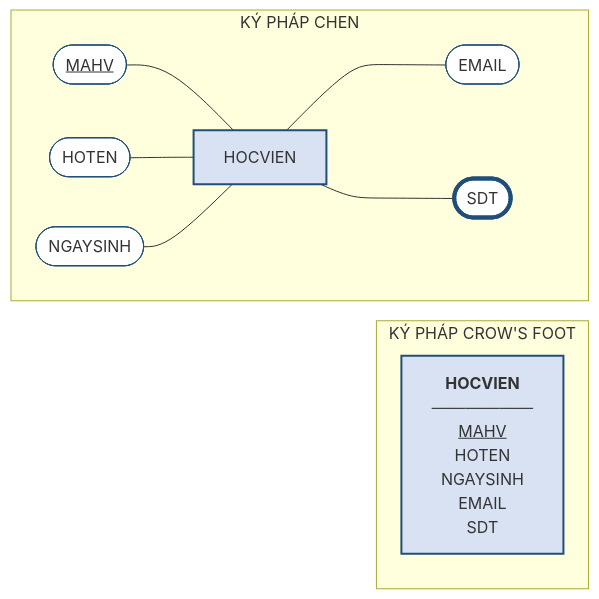
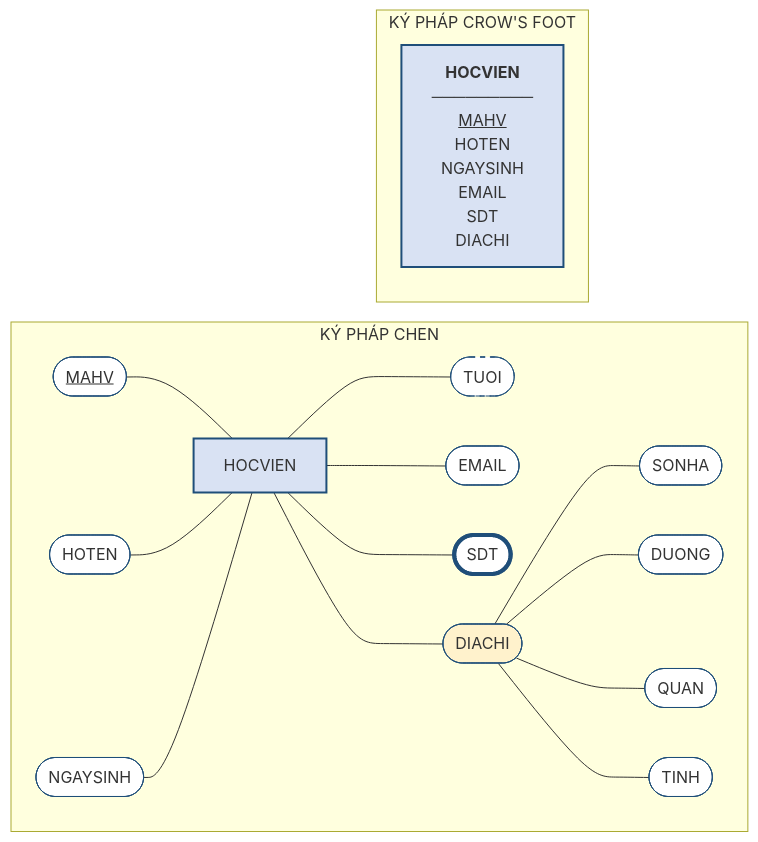
One commit to CuongNguyenDAU/csdl-dbs201 changed the second of 3 diagrams in docs/chuong-2/2-2-thuc-the-va-thuoc-tinh.md. Above: the diagram before and after it, drawn with Mermaid. The commit also changed other lines of this file and 98 other files, not shown here.

````diff
--- a/docs/chuong-2/2-2-thuc-the-va-thuoc-tinh.md
+++ b/docs/chuong-2/2-2-thuc-the-va-thuoc-tinh.md
@@ -104,21 +112,33 @@
 ```mermaid
 flowchart LR
     subgraph CHEN["KÝ PHÁP CHEN"]
         K(["<u>MAHV</u>"]) --- E["HOCVIEN"]
         A1(["HOTEN"]) --- E
         A2(["NGAYSINH"]) --- E
+        E --- A5(["TUOI"])
         E --- A3(["EMAIL"])
         E --- A4(["SDT"])
+        E --- A6(["DIACHI"])
+        A6 --- A61(["SONHA"])
+        A6 --- A62(["DUONG"])
+        A6 --- A63(["QUAN"])
+        A6 --- A64(["TINH"])
     end
     subgraph CF["KÝ PHÁP CROW'S FOOT"]
-        T["<b>HOCVIEN</b><br/>─────────<br/><u>MAHV</u><br/>HOTEN<br/>NGAYSINH<br/>EMAIL<br/>SDT"]
+        T["<b>HOCVIEN</b><br/>─────────<br/><u>MAHV</u><br/>HOTEN<br/>NGAYSINH<br/>EMAIL<br/>SDT<br/>DIACHI"]
     end
     E ~~~ T
     style E fill:#D9E2F3,stroke:#1F4E79,stroke-width:2px
     style T fill:#D9E2F3,stroke:#1F4E79,stroke-width:2px
     style K fill:#fff,stroke:#1F4E79
     style A1 fill:#fff,stroke:#1F4E79
     style A2 fill:#fff,stroke:#1F4E79
     style A3 fill:#fff,stroke:#1F4E79
     style A4 fill:#fff,stroke:#1F4E79,stroke-width:4px
+    style A5 fill:#fff,stroke:#1F4E79,stroke-dasharray: 5 5
+    style A6 fill:#FFF2CC,stroke:#1F4E79
+    style A61 fill:#fff,stroke:#1F4E79
+    style A62 fill:#fff,stroke:#1F4E79
+    style A63 fill:#fff,stroke:#1F4E79
+    style A64 fill:#fff,stroke:#1F4E79
 ```
````
